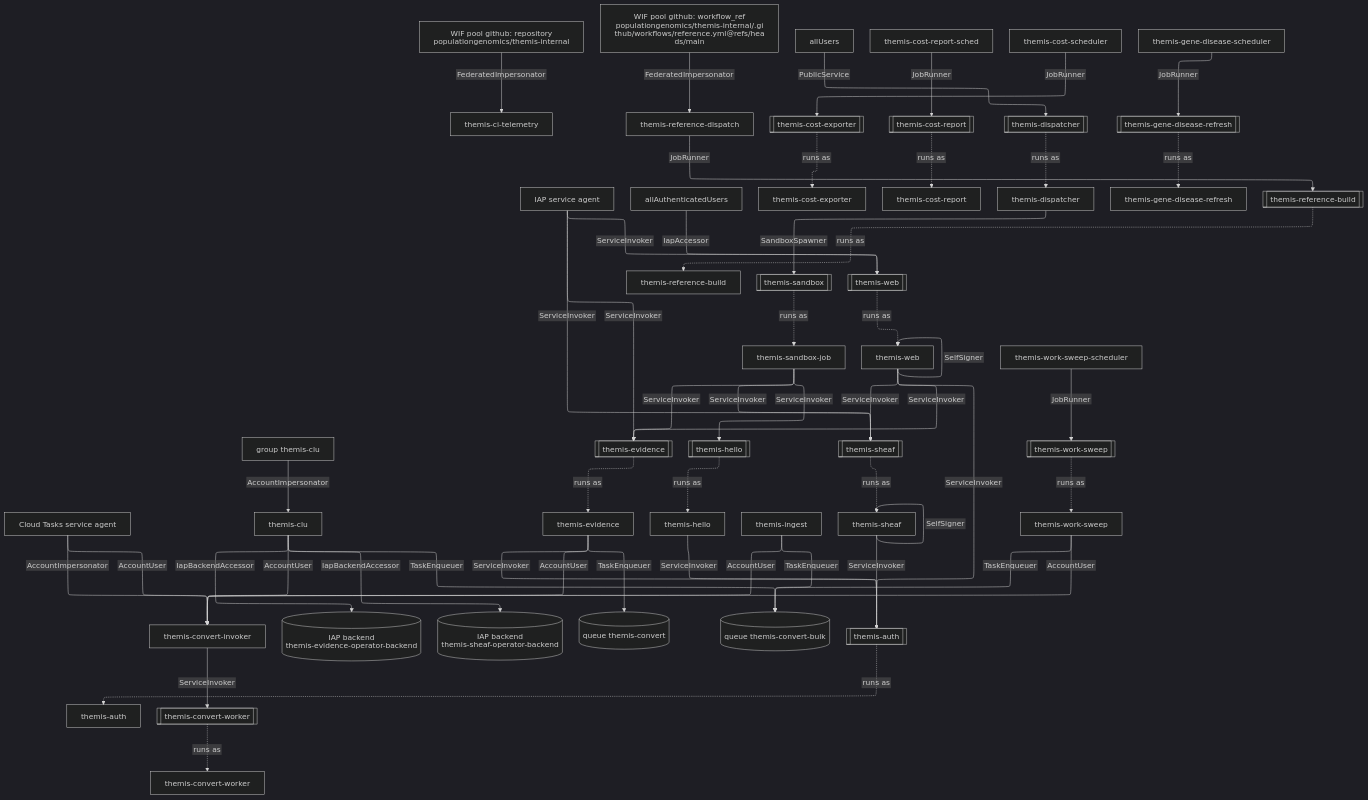
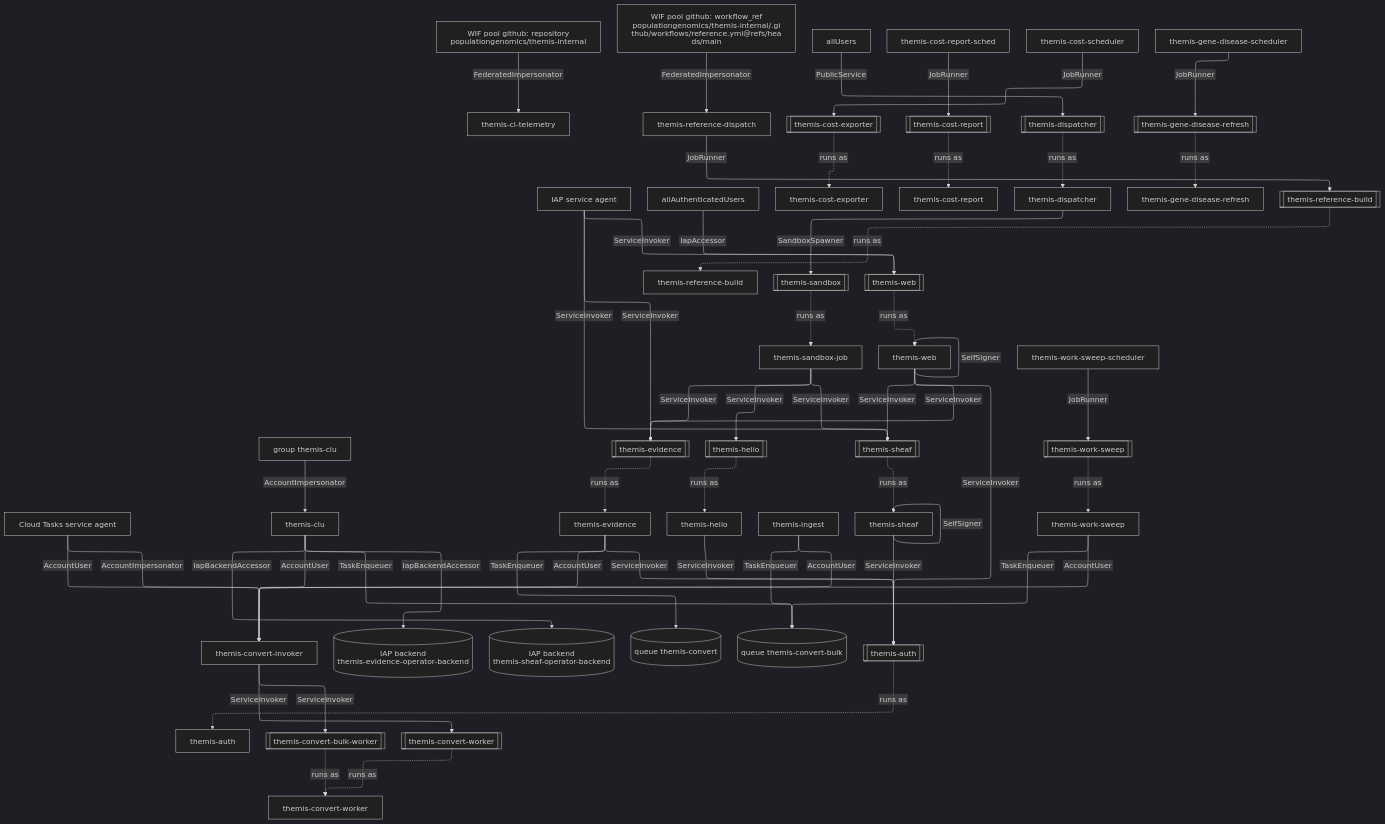
The diagram in docs/design/grants/calls.mmd (populationgenomics/themis), drawn with Mermaid (dark theme) before and after one commit. The commit also changed 9 other files, not shown here.

First line of the commit message:
infra: the convert worker runs as two services, one per queue (#1009)

```diff
--- a/docs/design/grants/calls.mmd
+++ b/docs/design/grants/calls.mmd
@@ -1,99 +1,102 @@
 %%{init: {"layout": "elk", "elk": {"mergeEdges": true, "nodePlacementStrategy": "NETWORK_SIMPLEX"}, "htmlLabels": false, "flowchart": {"htmlLabels": false, "wrappingWidth": 320}}}%%
 flowchart TB
     n0["Cloud Tasks service agent"]
     n1["IAP service agent"]
     n2["WIF pool github: repository populationgenomics/themis-internal"]
     n3["WIF pool github: workflow_ref populationgenomics/themis-internal/.github/workflows/reference.yml@refs/heads/main"]
     n4["allAuthenticatedUsers"]
     n5["allUsers"]
     n6["group themis-clu"]
     n7["themis-auth"]
     n8["themis-ci-telemetry"]
     n9["themis-clu"]
     n10["themis-convert-invoker"]
     n11["themis-convert-worker"]
     n12["themis-cost-exporter"]
     n13["themis-cost-report"]
     n14["themis-cost-report-sched"]
     n15["themis-cost-scheduler"]
     n16["themis-dispatcher"]
     n17["themis-evidence"]
     n18["themis-gene-disease-refresh"]
     n19["themis-gene-disease-scheduler"]
     n20["themis-hello"]
     n21["themis-ingest"]
     n22["themis-reference-build"]
     n23["themis-reference-dispatch"]
     n24["themis-sandbox-job"]
     n25["themis-sheaf"]
     n26["themis-web"]
     n27["themis-work-sweep"]
     n28["themis-work-sweep-scheduler"]
     n29[("IAP backend themis-evidence-operator-backend")]
     n30[("IAP backend themis-sheaf-operator-backend")]
     n31[("queue themis-convert")]
     n32[("queue themis-convert-bulk")]
     n33[["themis-auth"]]
-    n34[["themis-convert-worker"]]
-    n35[["themis-cost-exporter"]]
-    n36[["themis-cost-report"]]
-    n37[["themis-dispatcher"]]
-    n38[["themis-evidence"]]
-    n39[["themis-gene-disease-refresh"]]
-    n40[["themis-hello"]]
-    n41[["themis-reference-build"]]
-    n42[["themis-sandbox"]]
-    n43[["themis-sheaf"]]
-    n44[["themis-web"]]
-    n45[["themis-work-sweep"]]
+    n34[["themis-convert-bulk-worker"]]
+    n35[["themis-convert-worker"]]
+    n36[["themis-cost-exporter"]]
+    n37[["themis-cost-report"]]
+    n38[["themis-dispatcher"]]
+    n39[["themis-evidence"]]
+    n40[["themis-gene-disease-refresh"]]
+    n41[["themis-hello"]]
+    n42[["themis-reference-build"]]
+    n43[["themis-sandbox"]]
+    n44[["themis-sheaf"]]
+    n45[["themis-web"]]
+    n46[["themis-work-sweep"]]
     n0 -->|AccountImpersonator| n10
     n0 -->|AccountUser| n10
-    n1 -->|ServiceInvoker| n38
-    n1 -->|ServiceInvoker| n43
+    n1 -->|ServiceInvoker| n39
     n1 -->|ServiceInvoker| n44
+    n1 -->|ServiceInvoker| n45
     n2 -->|FederatedImpersonator| n8
     n3 -->|FederatedImpersonator| n23
-    n4 -->|IapAccessor| n44
-    n5 -->|PublicService| n37
+    n4 -->|IapAccessor| n45
+    n5 -->|PublicService| n38
     n6 -->|AccountImpersonator| n9
     n9 -->|AccountUser| n10
     n9 -->|IapBackendAccessor| n29
     n9 -->|IapBackendAccessor| n30
     n9 -->|TaskEnqueuer| n32
     n10 -->|ServiceInvoker| n34
-    n14 -->|JobRunner| n36
-    n15 -->|JobRunner| n35
-    n16 -->|SandboxSpawner| n42
+    n10 -->|ServiceInvoker| n35
+    n14 -->|JobRunner| n37
+    n15 -->|JobRunner| n36
+    n16 -->|SandboxSpawner| n43
     n17 -->|AccountUser| n10
     n17 -->|ServiceInvoker| n33
     n17 -->|TaskEnqueuer| n31
-    n19 -->|JobRunner| n39
+    n19 -->|JobRunner| n40
     n20 -->|ServiceInvoker| n33
     n21 -->|AccountUser| n10
     n21 -->|TaskEnqueuer| n32
-    n23 -->|JobRunner| n41
-    n24 -->|ServiceInvoker| n38
-    n24 -->|ServiceInvoker| n40
-    n24 -->|ServiceInvoker| n43
+    n23 -->|JobRunner| n42
+    n24 -->|ServiceInvoker| n39
+    n24 -->|ServiceInvoker| n41
+    n24 -->|ServiceInvoker| n44
     n25 -->|SelfSigner| n25
     n25 -->|ServiceInvoker| n33
     n26 -->|SelfSigner| n26
     n26 -->|ServiceInvoker| n33
-    n26 -->|ServiceInvoker| n38
-    n26 -->|ServiceInvoker| n43
+    n26 -->|ServiceInvoker| n39
+    n26 -->|ServiceInvoker| n44
     n27 -->|AccountUser| n10
     n27 -->|TaskEnqueuer| n32
-    n28 -->|JobRunner| n45
+    n28 -->|JobRunner| n46
     n33 -. runs as .-> n7
     n34 -. runs as .-> n11
-    n35 -. runs as .-> n12
-    n36 -. runs as .-> n13
-    n37 -. runs as .-> n16
-    n38 -. runs as .-> n17
-    n39 -. runs as .-> n18
-    n40 -. runs as .-> n20
-    n41 -. runs as .-> n22
-    n42 -. runs as .-> n24
-    n43 -. runs as .-> n25
-    n44 -. runs as .-> n26
-    n45 -. runs as .-> n27
+    n35 -. runs as .-> n11
+    n36 -. runs as .-> n12
+    n37 -. runs as .-> n13
+    n38 -. runs as .-> n16
+    n39 -. runs as .-> n17
+    n40 -. runs as .-> n18
+    n41 -. runs as .-> n20
+    n42 -. runs as .-> n22
+    n43 -. runs as .-> n24
+    n44 -. runs as .-> n25
+    n45 -. runs as .-> n26
+    n46 -. runs as .-> n27
```
